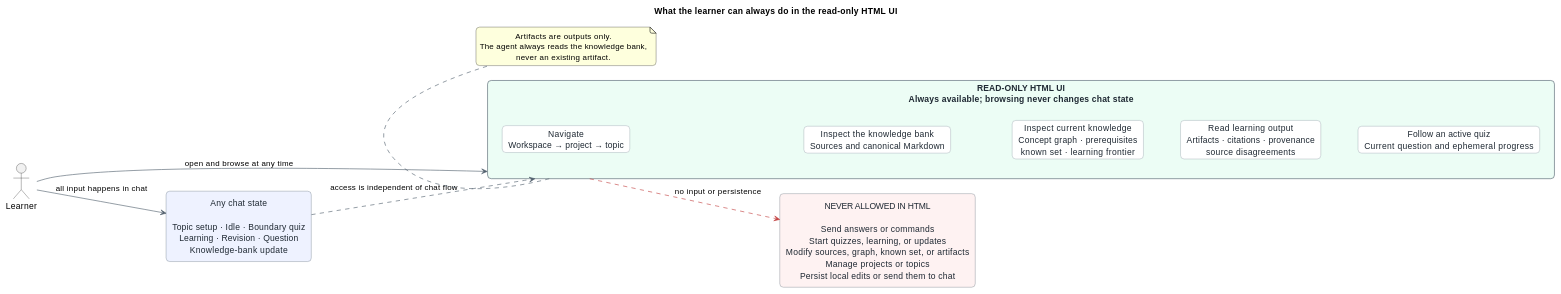
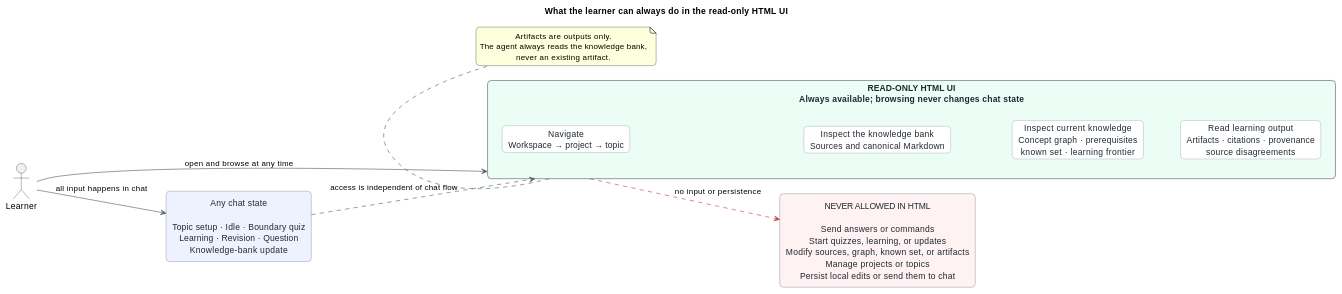
The third of 3 diagrams in PRODUCT_SPEC.md (TomasTillmann/LEARN), drawn with PlantUML before and after one commit. The commit also changed other lines of this file and 7 other files, not shown here.

````diff
--- a/PRODUCT_SPEC.md
+++ b/PRODUCT_SPEC.md
@@ -778,50 +777,48 @@
 ```plantuml
 @startuml
 title What the learner can always do in the read-only HTML UI
 
 left to right direction
 skinparam backgroundColor #FFFFFF
 skinparam shadowing false
 skinparam roundcorner 12
 skinparam defaultTextAlignment center
 skinparam ArrowColor #52606D
 skinparam rectangle {
   BorderColor #52606D
   FontColor #1F2933
 }
 skinparam card {
   BackgroundColor #FFFFFF
   BorderColor #7B8794
   FontColor #1F2933
 }
 
 actor Learner
 rectangle "Any chat state\n\nTopic setup · Idle · Boundary quiz\nLearning · Revision · Question\nKnowledge-bank update" as ChatState #EEF2FF
 
 rectangle "READ-ONLY HTML UI\nAlways available; browsing never changes chat state" as HTML #ECFDF5 {
   card "Navigate\nWorkspace → project → topic" as Navigate
   card "Inspect the knowledge bank\nSources and canonical Markdown" as KnowledgeBank
   card "Inspect current knowledge\nConcept graph · prerequisites\nknown set · learning frontier" as Knowledge
   card "Read learning output\nArtifacts · citations · provenance\nsource disagreements" as Artifacts
-  card "Follow an active quiz\nCurrent question and ephemeral progress" as Quiz
 
   Navigate -[hidden]down-> KnowledgeBank
   KnowledgeBank -[hidden]down-> Knowledge
   Knowledge -[hidden]down-> Artifacts
-  Artifacts -[hidden]down-> Quiz
 }
 
 rectangle "NEVER ALLOWED IN HTML\n\nSend answers or commands\nStart quizzes, learning, or updates\nModify sources, graph, known set, or artifacts\nManage projects or topics\nPersist local edits or send them to chat" as Forbidden #FEF2F2
 
 Learner --> HTML : open and browse at any time
 Learner --> ChatState : all input happens in chat
 ChatState ..> HTML : access is independent of chat flow
 HTML -[#C24141,dashed]-> Forbidden : no input or persistence
 
 note bottom of HTML
 Artifacts are outputs only.
 The agent always reads the knowledge bank,
 never an existing artifact.
 end note
 @enduml
 ```
````
